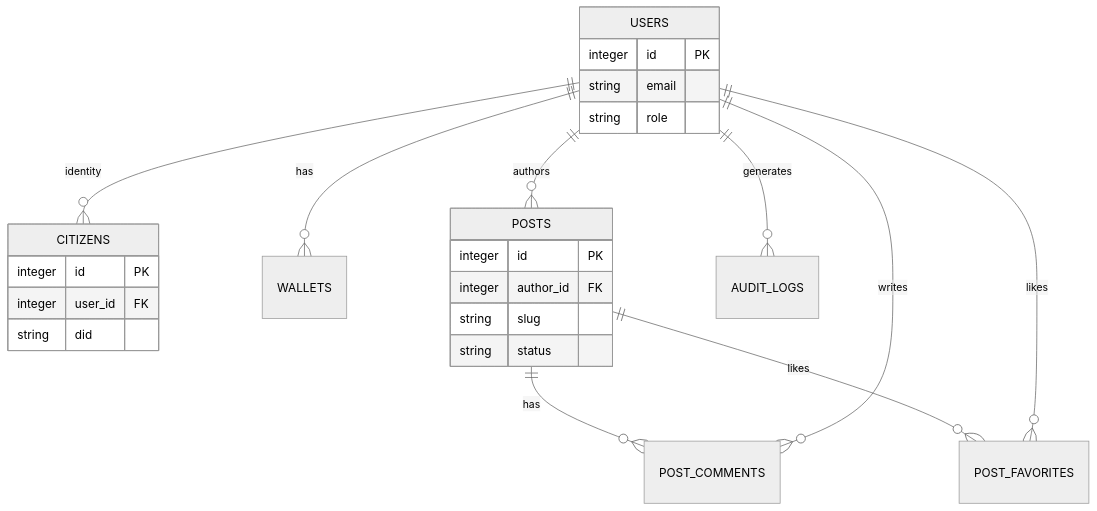
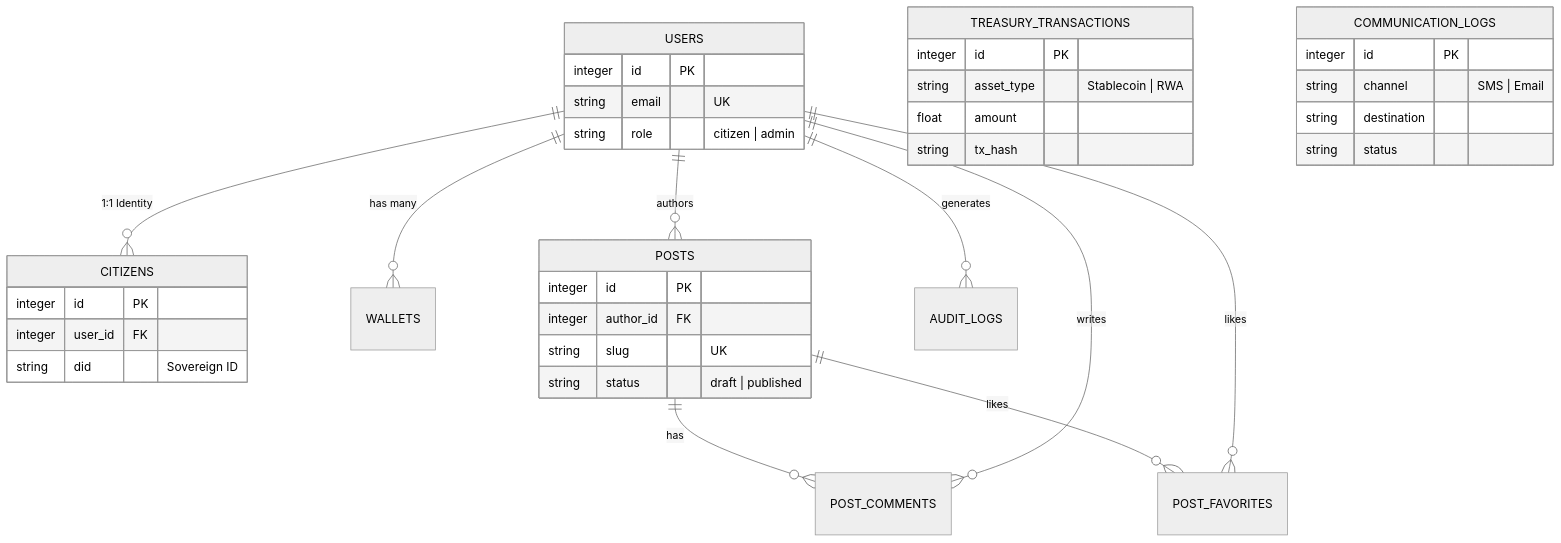
Before and after one commit to DIGITAL-WORLD-ECOSYSTEM/DAO: the second of 3 diagrams in src/sections/blog/ARCHITECTURE.md, drawn with Mermaid (neutral theme). The commit also changed other lines of this file and 361 other files, not shown here.

````diff
--- a/src/sections/blog/ARCHITECTURE.md
+++ b/src/sections/blog/ARCHITECTURE.md
@@ -33,28 +33,40 @@
 ```mermaid
 erDiagram
-    USERS ||--o{ CITIZENS : identity
-    USERS ||--o{ WALLETS : has
-    USERS ||--o{ POSTS : authors
-    POSTS ||--o{ POST_COMMENTS : has
-    USERS ||--o{ POST_COMMENTS : writes
-    POSTS ||--o{ POST_FAVORITES : likes
-    USERS ||--o{ POST_FAVORITES : likes
-    USERS ||--o{ AUDIT_LOGS : generates
+    USERS ||--o{ CITIZENS : "1:1 Identity"
+    USERS ||--o{ WALLETS : "has many"
+    USERS ||--o{ POSTS : "authors"
+    POSTS ||--o{ POST_COMMENTS : "has"
+    USERS ||--o{ POST_COMMENTS : "writes"
+    POSTS ||--o{ POST_FAVORITES : "likes"
+    USERS ||--o{ POST_FAVORITES : "likes"
+    USERS ||--o{ AUDIT_LOGS : "generates"
     
     USERS {
         integer id PK
-        string email
-        string role
+        string email "UK"
+        string role "citizen | admin"
     }
     CITIZENS {
         integer id PK
         integer user_id FK
-        string did
+        string did "Sovereign ID"
     }
     POSTS {
         integer id PK
         integer author_id FK
-        string slug
+        string slug "UK"
+        string status "draft | published"
+    }
+    TREASURY_TRANSACTIONS {
+        integer id PK
+        string asset_type "Stablecoin | RWA"
+        float amount
+        string tx_hash
+    }
+    COMMUNICATION_LOGS {
+        integer id PK
+        string channel "SMS | Email"
+        string destination
         string status
     }
 ```
````
